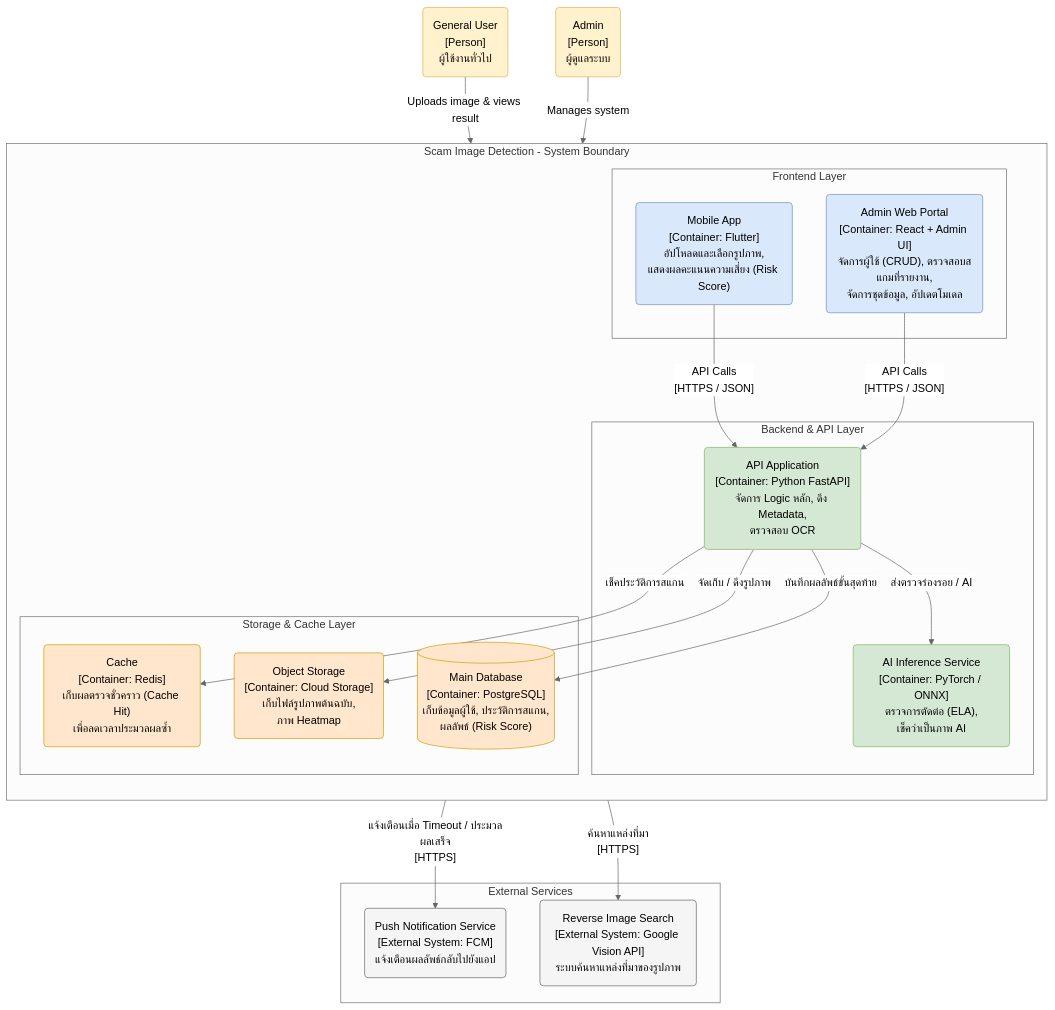
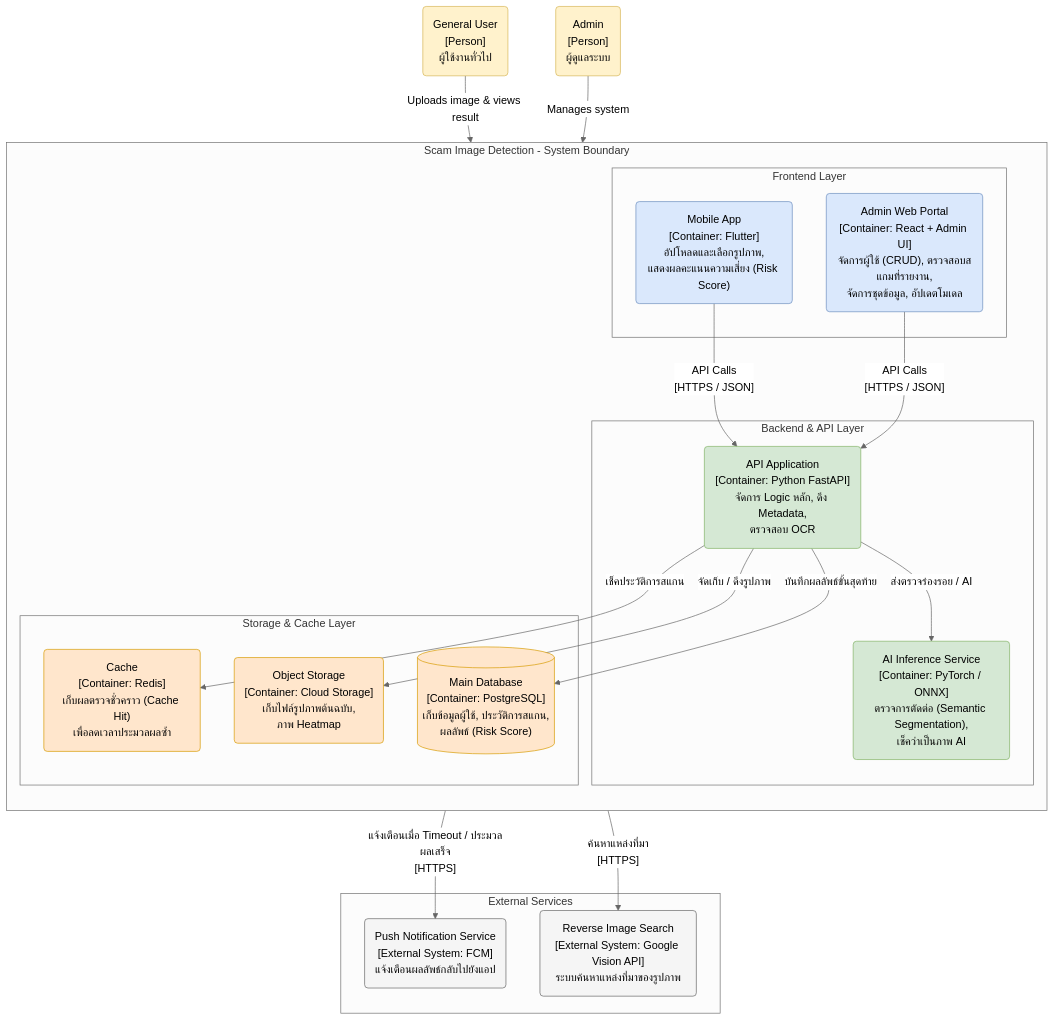
One commit to Panuwat-ta/project changed the diagram in wiki/architecture/c2-container-diagram.md. Above: the diagram before and after it, drawn with Mermaid (neutral theme). The commit also changed other lines of this file and 61 other files, not shown here.

Commit message:
refactor: update documentation terminology by replacing ELA and outdated model metrics with semantic segmentation standards across project wiki and web docs

````diff
--- a/wiki/architecture/c2-container-diagram.md
+++ b/wiki/architecture/c2-container-diagram.md
@@ -11,62 +11,62 @@
 ```mermaid
 flowchart TB
     %% การตั้งค่า Class สีต่างๆ
     classDef userFill fill:#fff2cc,stroke:#d6b656,color:black
     classDef clientFill fill:#dae8fc,stroke:#6c8ebf,color:black
     classDef backendFill fill:#d5e8d4,stroke:#82b366,color:black
     classDef storageFill fill:#ffe6cc,stroke:#d79b00,color:black
     classDef extFill fill:#f5f5f5,stroke:#666666,color:black
 
     %% Actors Boundary
     User("General User<br>[Person]<br>ผู้ใช้งานทั่วไป")
     Admin("Admin<br>[Person]<br>ผู้ดูแลระบบ")
 
     %% System Boundary
     subgraph ScamSystem [Scam Image Detection - System Boundary]
         direction TB
 
         subgraph Frontends [Frontend Layer]
             MobileApp("Mobile App<br>[Container: Flutter]<br>อัปโหลดและเลือกรูปภาพ,<br>แสดงผลคะแนนความเสี่ยง (Risk Score)")
             AdminPortal("Admin Web Portal<br>[Container: React + Admin UI]<br>จัดการผู้ใช้ (CRUD), ตรวจสอบสแกมที่รายงาน,<br>จัดการชุดข้อมูล, อัปเดตโมเดล")
         end
 
         subgraph Backends [Backend & API Layer]
             APIGateway("API Application<br>[Container: Python FastAPI]<br>จัดการ Logic หลัก, ดึง Metadata,<br>ตรวจสอบ OCR")
-            AIInference("AI Inference Service<br>[Container: PyTorch / ONNX]<br>ตรวจการตัดต่อ (ELA),<br>เช็คว่าเป็นภาพ AI")
+            AIInference("AI Inference Service<br>[Container: PyTorch / ONNX]<br>ตรวจการตัดต่อ (Semantic Segmentation),<br>เช็คว่าเป็นภาพ AI")
         end
 
         subgraph Storages [Storage & Cache Layer]
             Cache("Cache<br>[Container: Redis]<br>เก็บผลตรวจชั่วคราว (Cache Hit)<br>เพื่อลดเวลาประมวลผลซ้ำ")
             ObjectStore("Object Storage<br>[Container: Cloud Storage]<br>เก็บไฟล์รูปภาพต้นฉบับ,<br>ภาพ Heatmap")
             MainDB[("Main Database<br>[Container: PostgreSQL]<br>เก็บข้อมูลผู้ใช้, ประวัติการสแกน,<br>ผลลัพธ์ (Risk Score)")]
         end
     end
 
     %% External Systems Boundary
     subgraph Externals [External Services]
         PushService("Push Notification Service<br>[External System: FCM]<br>แจ้งเตือนผลลัพธ์กลับไปยังแอป")
         ReverseSearch("Reverse Image Search<br>[External System: Google Vision API]<br>ระบบค้นหาแหล่งที่มาของรูปภาพ")
     end
 
     %% Relationships / Associations
     User -- "Uploads image & views result" --> MobileApp
     Admin -- "Manages system" --> AdminPortal
 
     MobileApp -- "API Calls<br>[HTTPS / JSON]" --> APIGateway
     AdminPortal -- "API Calls<br>[HTTPS / JSON]" --> APIGateway
 
     APIGateway -- "เช็คประวัติการสแกน" --> Cache
     APIGateway -- "ส่งตรวจร่องรอย / AI" --> AIInference
     APIGateway -- "จัดเก็บ / ดึงรูปภาพ" --> ObjectStore
     APIGateway -- "บันทึกผลลัพธ์ขั้นสุดท้าย" --> MainDB
     
     APIGateway -- "แจ้งเตือนเมื่อ Timeout / ประมวลผลเสร็จ<br>[HTTPS]" --> PushService
     APIGateway -- "ค้นหาแหล่งที่มา<br>[HTTPS]" --> ReverseSearch
 
     %% Apply Styles
     class User,Admin userFill
     class MobileApp,AdminPortal clientFill
     class APIGateway,AIInference backendFill
     class Cache,ObjectStore,MainDB storageFill
     class PushService,ReverseSearch extFill
 ```
````
